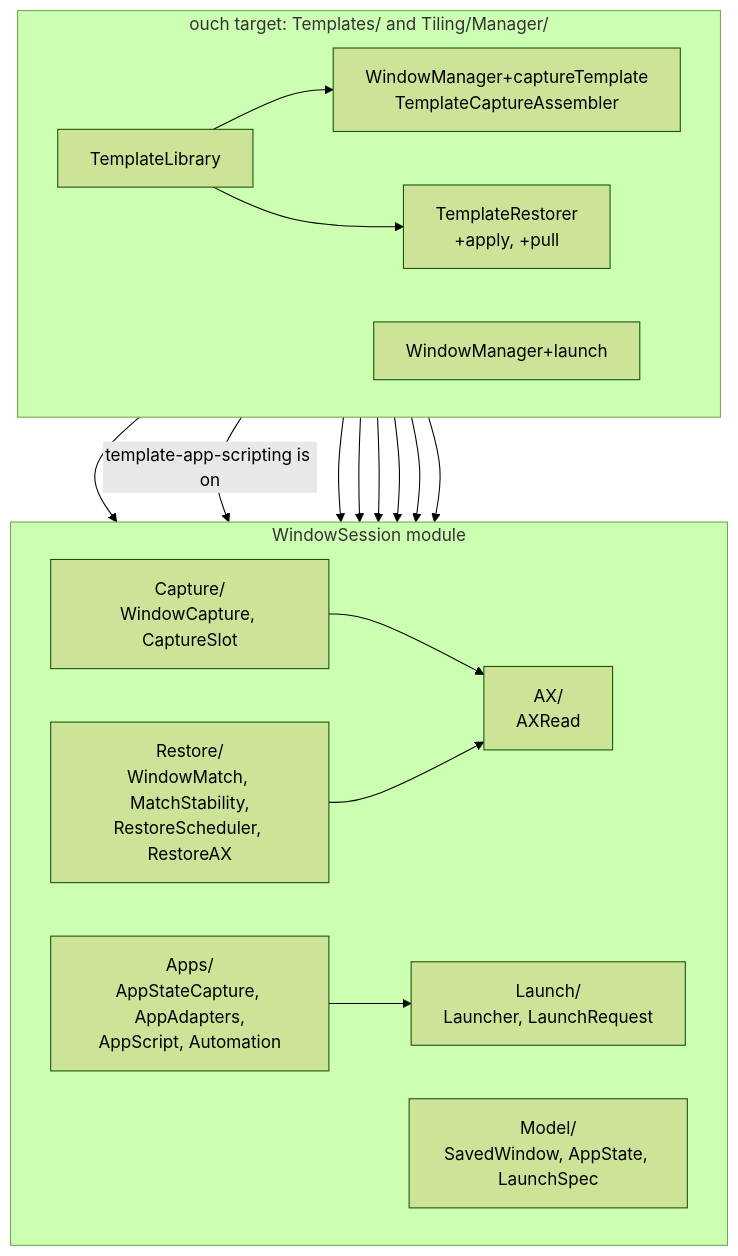
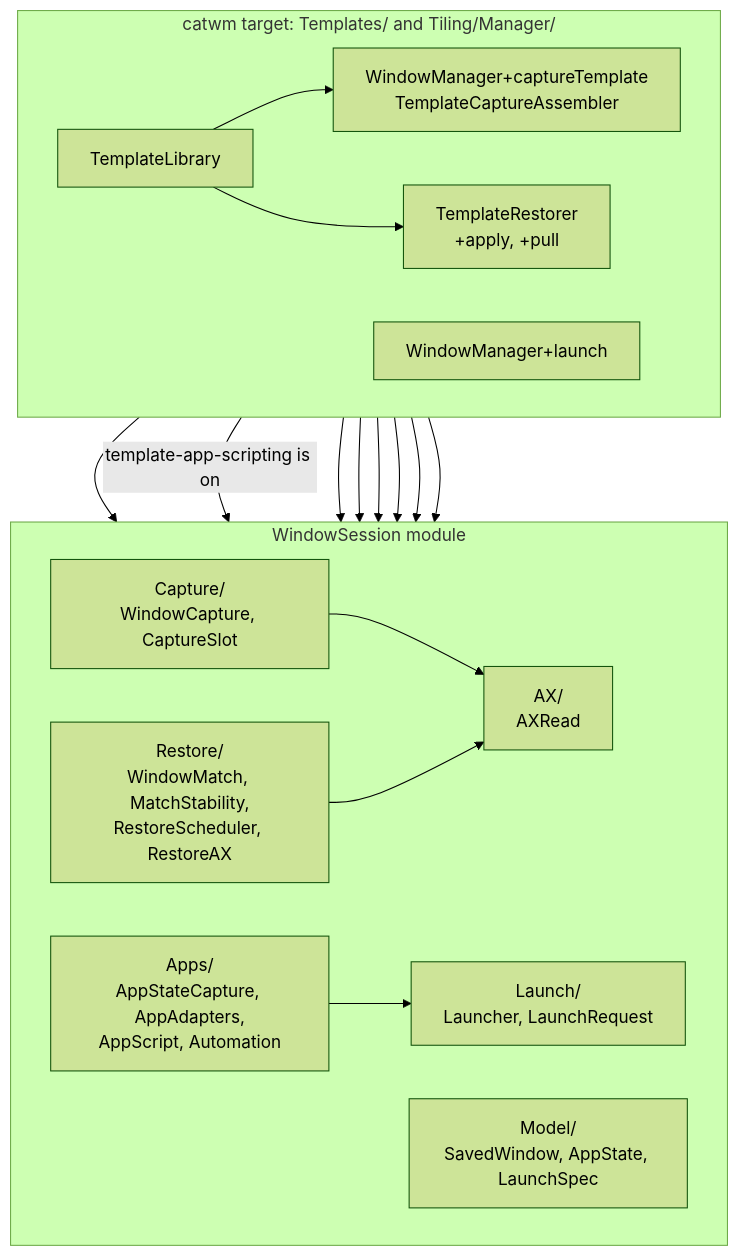
Before and after one commit to ganya002/CatWM: the first of 16 diagrams in docs/internals/window-session.md, drawn with Mermaid (forest theme). The commit also changed other lines of this file and 875 other files, not shown here.

````diff
--- a/docs/internals/window-session.md
+++ b/docs/internals/window-session.md
@@ -7,34 +7,34 @@
 ```mermaid
 flowchart TB
-    subgraph App["ouch target: Templates/ and Tiling/Manager/"]
+    subgraph App["catwm target: Templates/ and Tiling/Manager/"]
         direction LR
         Library["TemplateLibrary"]
         Capture["WindowManager+captureTemplate<br/>TemplateCaptureAssembler"]
         Restorer["TemplateRestorer<br/>+apply, +pull"]
         LaunchCmd["WindowManager+launch"]
     end
 
     subgraph WS["WindowSession module"]
         direction LR
         Cap["Capture/<br/>WindowCapture, CaptureSlot"]
         Apps["Apps/<br/>AppStateCapture, AppAdapters,<br/>AppScript, Automation"]
         Res["Restore/<br/>WindowMatch, MatchStability,<br/>RestoreScheduler, RestoreAX"]
         Lch["Launch/<br/>Launcher, LaunchRequest"]
         Model["Model/<br/>SavedWindow, AppState, LaunchSpec"]
         AX["AX/<br/>AXRead"]
     end
 
     Library --> Capture
     Library --> Restorer
     Capture --> Cap
     Capture -->|"template-app-scripting is on"| Apps
     Restorer --> Res
     Restorer --> Apps
     Restorer --> Lch
     LaunchCmd --> Lch
     Cap --> AX
     Res --> AX
     Apps --> Lch
     Capture --> Model
     Restorer --> Model
 ```
````
